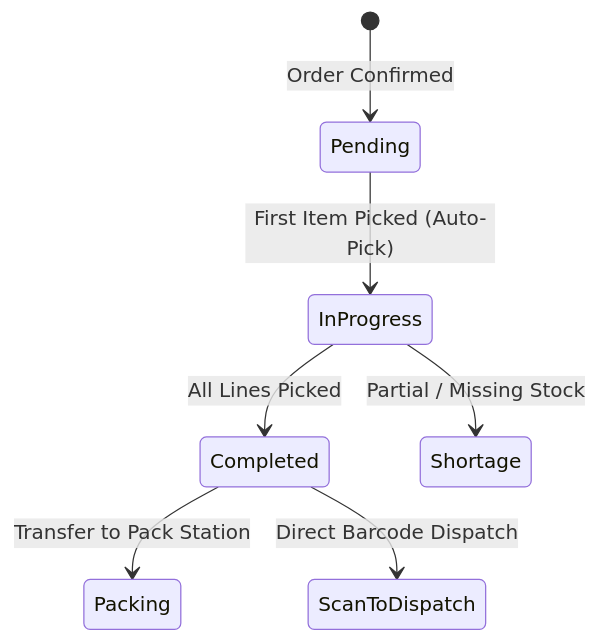
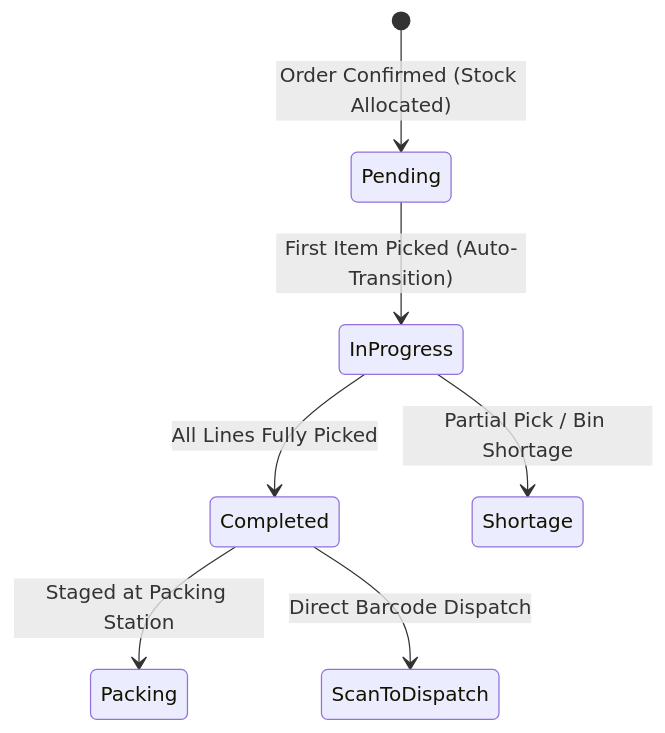
One commit to herobmdotcom/herobm changed the diagram in docs/user/picking.md. Above: the diagram before and after it, drawn with Mermaid. The commit also changed other lines of this file and 168 other files, not shown here.

````diff
--- a/docs/user/picking.md
+++ b/docs/user/picking.md
@@ -42,9 +43,9 @@
 ```mermaid
 stateDiagram-v2
-    [*] --> Pending : Order Confirmed
-    Pending --> InProgress : First Item Picked (Auto-Pick)
-    InProgress --> Completed : All Lines Picked
-    InProgress --> Shortage : Partial / Missing Stock
-    Completed --> Packing : Transfer to Pack Station
+    [*] --> Pending : Order Confirmed (Stock Allocated)
+    Pending --> InProgress : First Item Picked (Auto-Transition)
+    InProgress --> Completed : All Lines Fully Picked
+    InProgress --> Shortage : Partial Pick / Bin Shortage
+    Completed --> Packing : Staged at Packing Station
     Completed --> ScanToDispatch : Direct Barcode Dispatch
 ```
````
